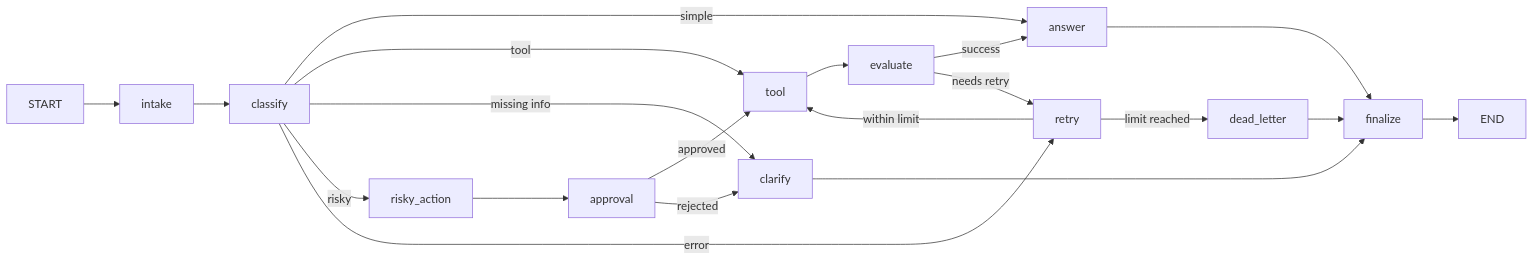
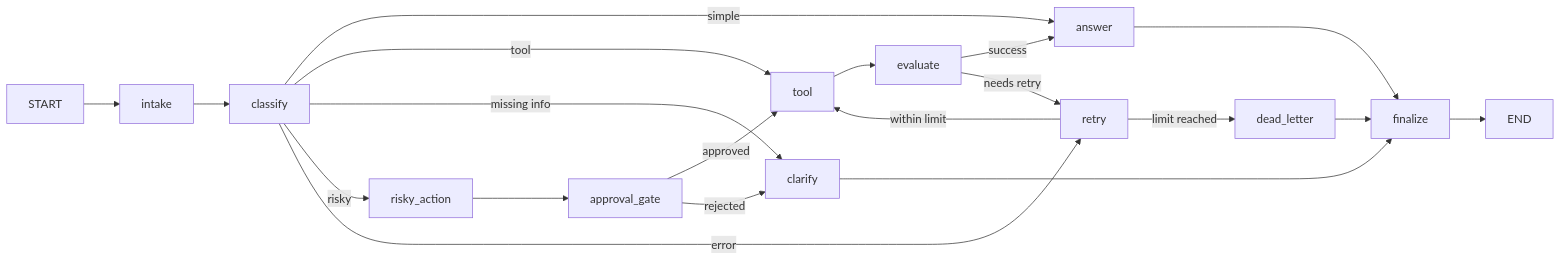
One commit to hoaianthai345/Track3-DAY23-hihihaha changed the diagram in reports/lab_report.md. Above: the diagram before and after it, drawn with Mermaid. The commit also changed other lines of this file and 9 other files, not shown here.

Commit message:
Add verified SQLite persistence and graph diagram bonuses

````diff
--- a/reports/lab_report.md
+++ b/reports/lab_report.md
@@ -11,15 +12,15 @@
 ```mermaid
 flowchart LR
     START --> intake --> classify
     classify -->|simple| answer --> finalize --> END
     classify -->|tool| tool --> evaluate
     classify -->|missing info| clarify --> finalize
-    classify -->|risky| risky_action --> approval
+    classify -->|risky| risky_action --> approval_gate
     classify -->|error| retry
-    approval -->|approved| tool
-    approval -->|rejected| clarify
+    approval_gate -->|approved| tool
+    approval_gate -->|rejected| clarify
     evaluate -->|success| answer
     evaluate -->|needs retry| retry
     retry -->|within limit| tool
     retry -->|limit reached| dead_letter --> finalize
 ```
````
